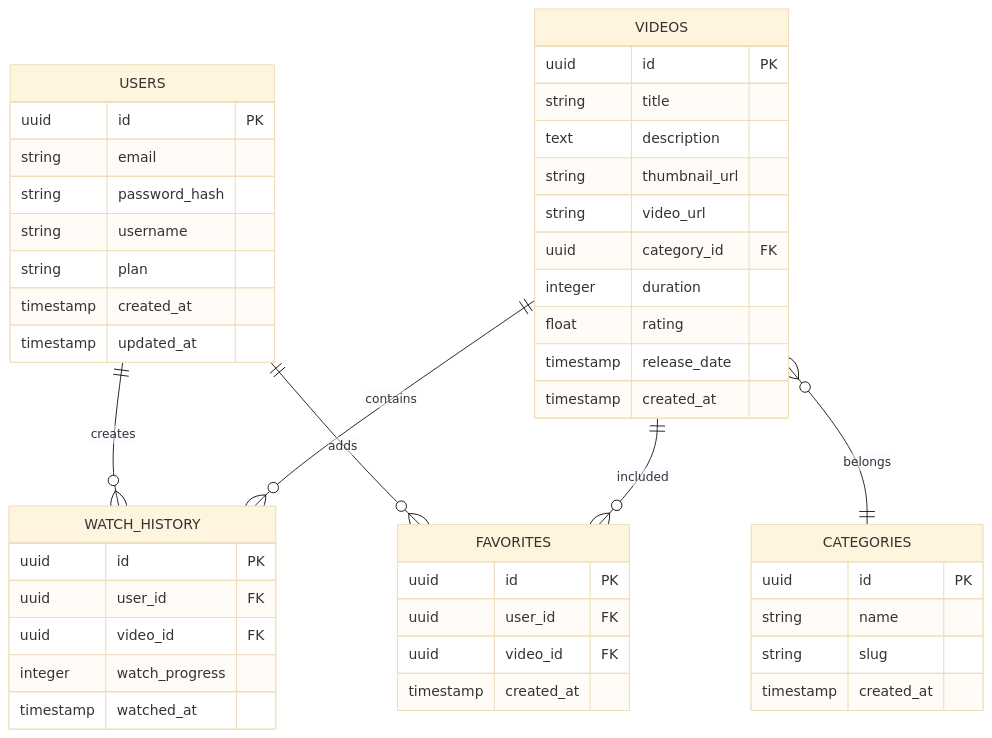
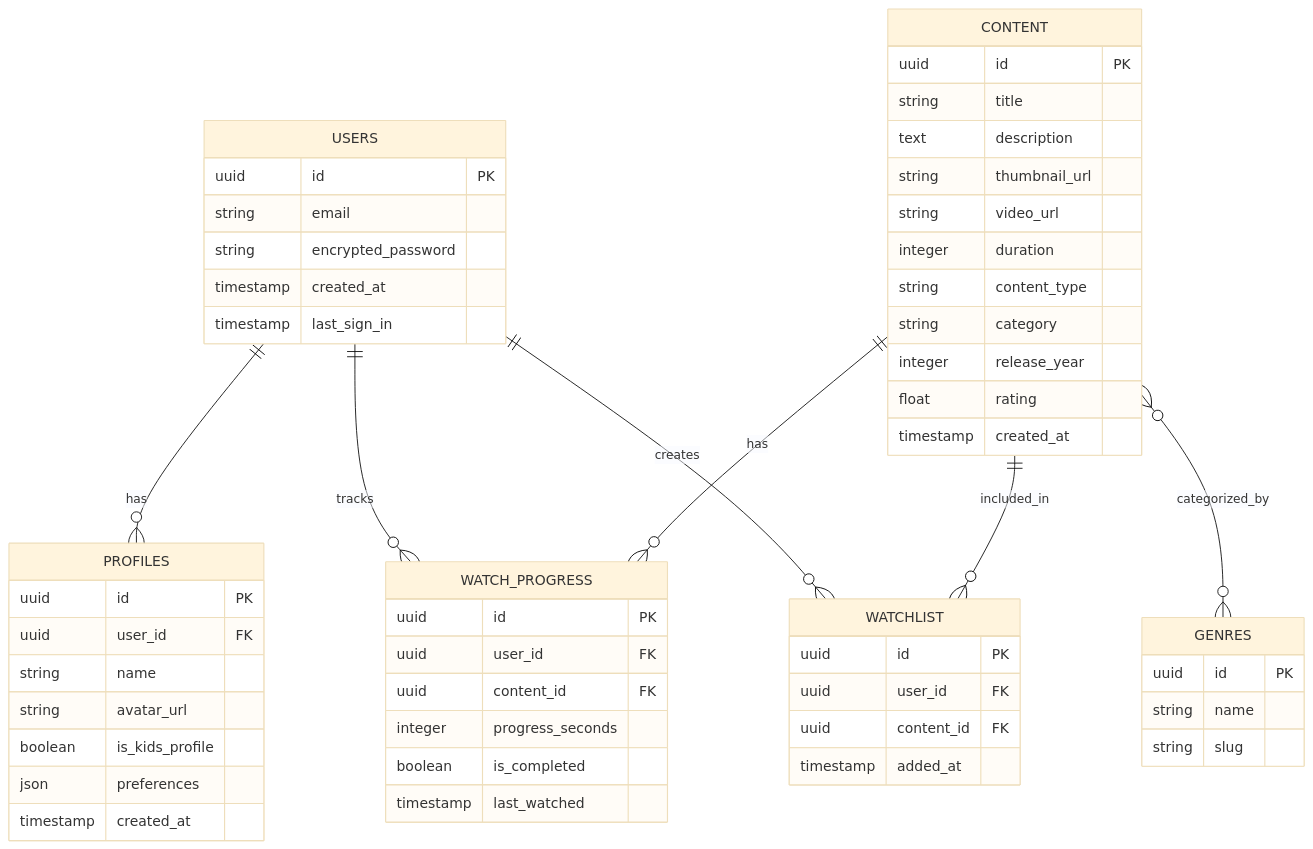
The third of 3 diagrams in .trae/documents/video_streaming_tech_architecture.md (mashharuki/TARE_sample), drawn with Mermaid (base theme) before and after one commit. The commit also changed other lines of this file and 31 other files, not shown here.

````diff
--- a/.trae/documents/video_streaming_tech_architecture.md
+++ b/.trae/documents/video_streaming_tech_architecture.md
@@ -75,49 +140,63 @@
 ```mermaid
 erDiagram
-    USERS ||--o{ WATCH_HISTORY : creates
-    USERS ||--o{ FAVORITES : adds
-    VIDEOS ||--o{ WATCH_HISTORY : contains
-    VIDEOS ||--o{ FAVORITES : included
-    VIDEOS }o--|| CATEGORIES : belongs
+    USERS ||--o{ PROFILES : has
+    USERS ||--o{ WATCH_PROGRESS : tracks
+    USERS ||--o{ WATCHLIST : creates
+    CONTENT ||--o{ WATCH_PROGRESS : has
+    CONTENT ||--o{ WATCHLIST : included_in
+    CONTENT }o--o{ GENRES : categorized_by
 
     USERS {
         uuid id PK
         string email
-        string password_hash
-        string username
-        string plan
+        string encrypted_password
         timestamp created_at
-        timestamp updated_at
+        timestamp last_sign_in
     }
-    VIDEOS {
+    
+    PROFILES {
+        uuid id PK
+        uuid user_id FK
+        string name
+        string avatar_url
+        boolean is_kids_profile
+        json preferences
+        timestamp created_at
+    }
+    
+    CONTENT {
         uuid id PK
         string title
         text description
         string thumbnail_url
         string video_url
-        uuid category_id FK
         integer duration
+        string content_type
+        string category
+        integer release_year
         float rating
-        timestamp release_date
         timestamp created_at
     }
-    CATEGORIES {
+    
+    GENRES {
         uuid id PK
         string name
         string slug
-        timestamp created_at
     }
-    WATCH_HISTORY {
+    
+    WATCH_PROGRESS {
         uuid id PK
         uuid user_id FK
-        uuid video_id FK
-        integer watch_progress
-        timestamp watched_at
+        uuid content_id FK
+        integer progress_seconds
+        boolean is_completed
+        timestamp last_watched
     }
-    FAVORITES {
+    
+    WATCHLIST {
         uuid id PK
         uuid user_id FK
-        uuid video_id FK
-        timestamp created_at
+        uuid content_id FK
+        timestamp added_at
     }
 ```
````
